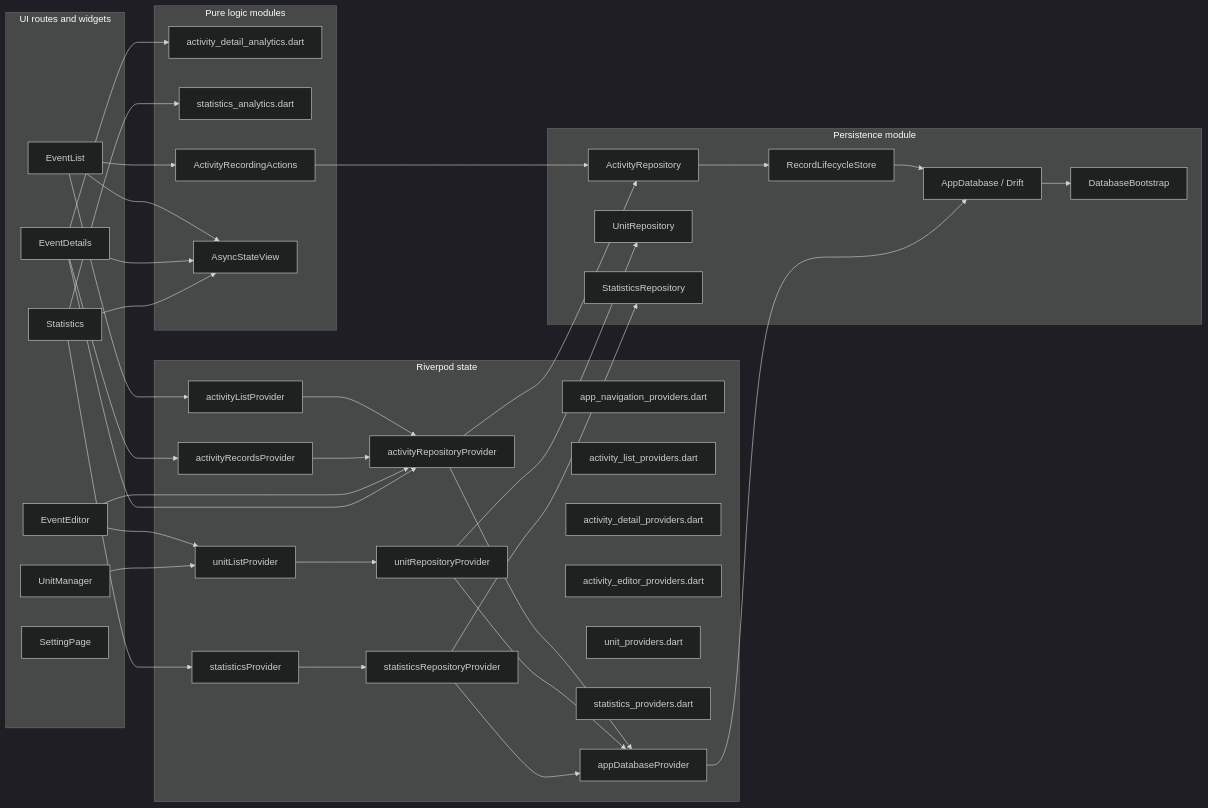
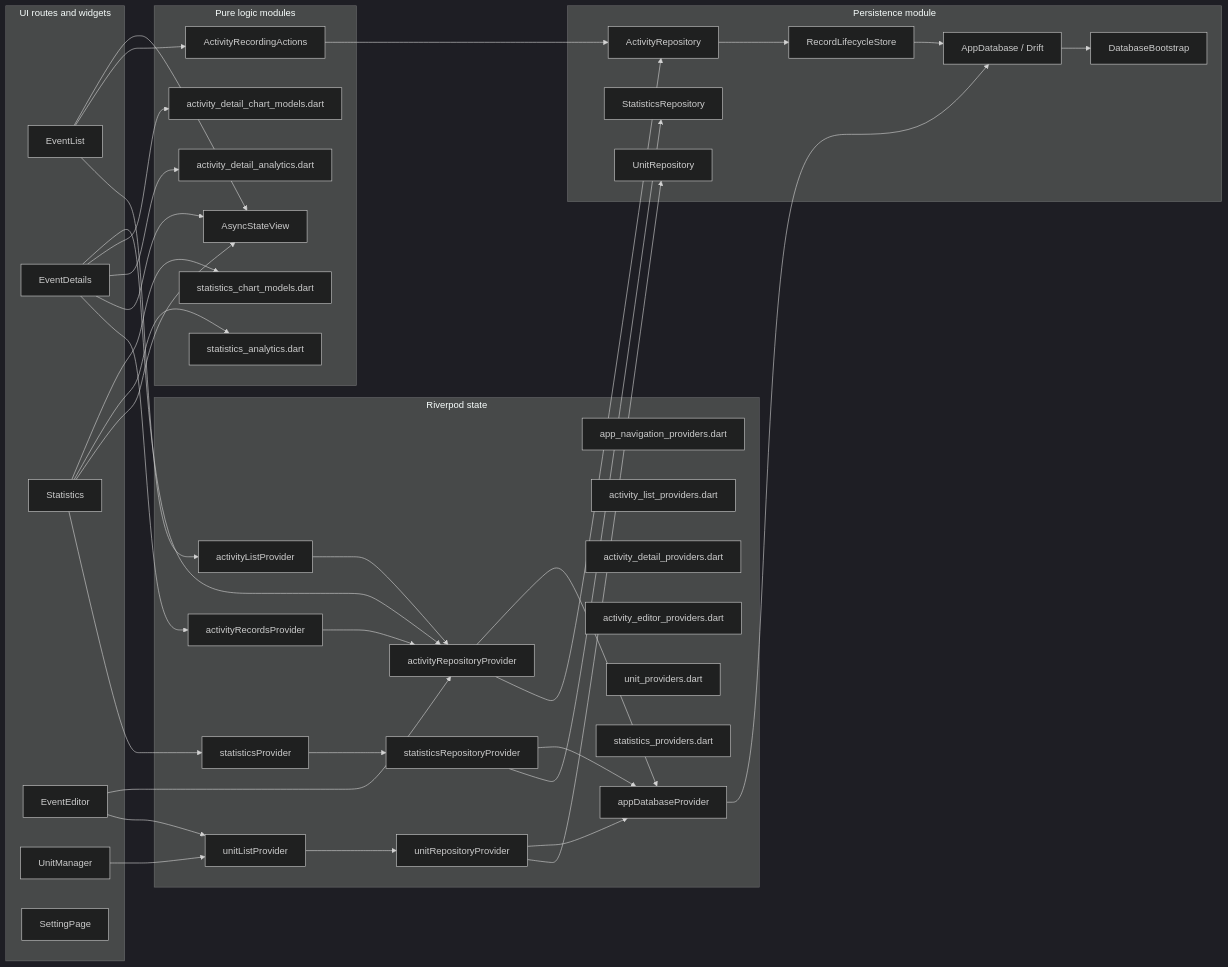
The first of 5 diagrams in docs/architecture/module-flow.md (Guoyuer/eventTracker), drawn with Mermaid (dark theme) before and after one commit. The commit also changed other lines of this file and 9 other files, not shown here.

Commit message:
Extract chart view models

````diff
--- a/docs/architecture/module-flow.md
+++ b/docs/architecture/module-flow.md
@@ -7,73 +7,77 @@
 ```mermaid
 flowchart LR
   subgraph UI["UI routes and widgets"]
     EventList["EventList"]
     EventDetails["EventDetails"]
     Statistics["Statistics"]
     EventEditor["EventEditor"]
     UnitManager["UnitManager"]
     Settings["SettingPage"]
   end
 
   subgraph Logic["Pure logic modules"]
     ActivityDetailAnalytics["activity_detail_analytics.dart"]
     StatisticsAnalytics["statistics_analytics.dart"]
+    ActivityDetailChartModels["activity_detail_chart_models.dart"]
+    StatisticsChartModels["statistics_chart_models.dart"]
     ActivityRecordingActions["ActivityRecordingActions"]
     AsyncStateView["AsyncStateView"]
   end
 
   subgraph State["Riverpod state"]
     AppNavigationProviders["app_navigation_providers.dart"]
     ActivityListProviders["activity_list_providers.dart"]
     ActivityDetailProviders["activity_detail_providers.dart"]
     ActivityEditorProviders["activity_editor_providers.dart"]
     UnitProviders["unit_providers.dart"]
     StatisticsProviders["statistics_providers.dart"]
     AppDatabaseProvider["appDatabaseProvider"]
     ActivityRepositoryProvider["activityRepositoryProvider"]
     UnitRepositoryProvider["unitRepositoryProvider"]
     StatisticsRepositoryProvider["statisticsRepositoryProvider"]
     ActivityListProvider["activityListProvider"]
     ActivityRecordsProvider["activityRecordsProvider"]
     UnitListProvider["unitListProvider"]
     StatisticsProvider["statisticsProvider"]
   end
 
   subgraph Persistence["Persistence module"]
     DatabaseBootstrap["DatabaseBootstrap"]
     ActivityRepository["ActivityRepository"]
     RecordLifecycleStore["RecordLifecycleStore"]
     UnitRepository["UnitRepository"]
     StatisticsRepository["StatisticsRepository"]
     AppDatabase["AppDatabase / Drift"]
   end
 
   EventList --> ActivityListProvider
   EventList --> ActivityRecordingActions
   EventList --> AsyncStateView
   ActivityRecordingActions --> ActivityRepository
   ActivityListProvider --> ActivityRepositoryProvider
   EventDetails --> ActivityRecordsProvider
   EventDetails --> AsyncStateView
   ActivityRecordsProvider --> ActivityRepositoryProvider
   EventEditor --> UnitListProvider
   UnitManager --> UnitListProvider
   UnitListProvider --> UnitRepositoryProvider
   Statistics --> StatisticsProvider
   Statistics --> AsyncStateView
   StatisticsProvider --> StatisticsRepositoryProvider
   EventEditor --> ActivityRepositoryProvider
   EventDetails --> ActivityDetailAnalytics
+  EventDetails --> ActivityDetailChartModels
   EventDetails --> ActivityRepositoryProvider
   Statistics --> StatisticsAnalytics
+  Statistics --> StatisticsChartModels
   ActivityRepositoryProvider --> ActivityRepository
   ActivityRepository --> RecordLifecycleStore
   RecordLifecycleStore --> AppDatabase
   UnitRepositoryProvider --> UnitRepository
   StatisticsRepositoryProvider --> StatisticsRepository
   ActivityRepositoryProvider --> AppDatabaseProvider
   UnitRepositoryProvider --> AppDatabaseProvider
   StatisticsRepositoryProvider --> AppDatabaseProvider
   AppDatabaseProvider --> AppDatabase
   AppDatabase --> DatabaseBootstrap
 ```
````
